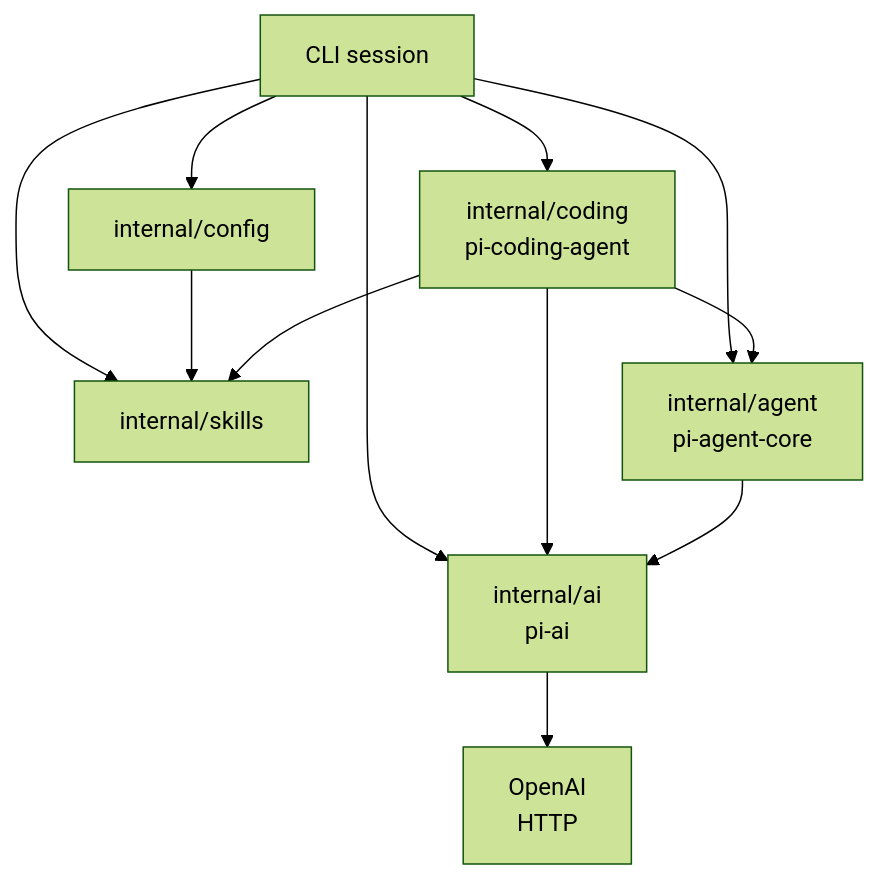
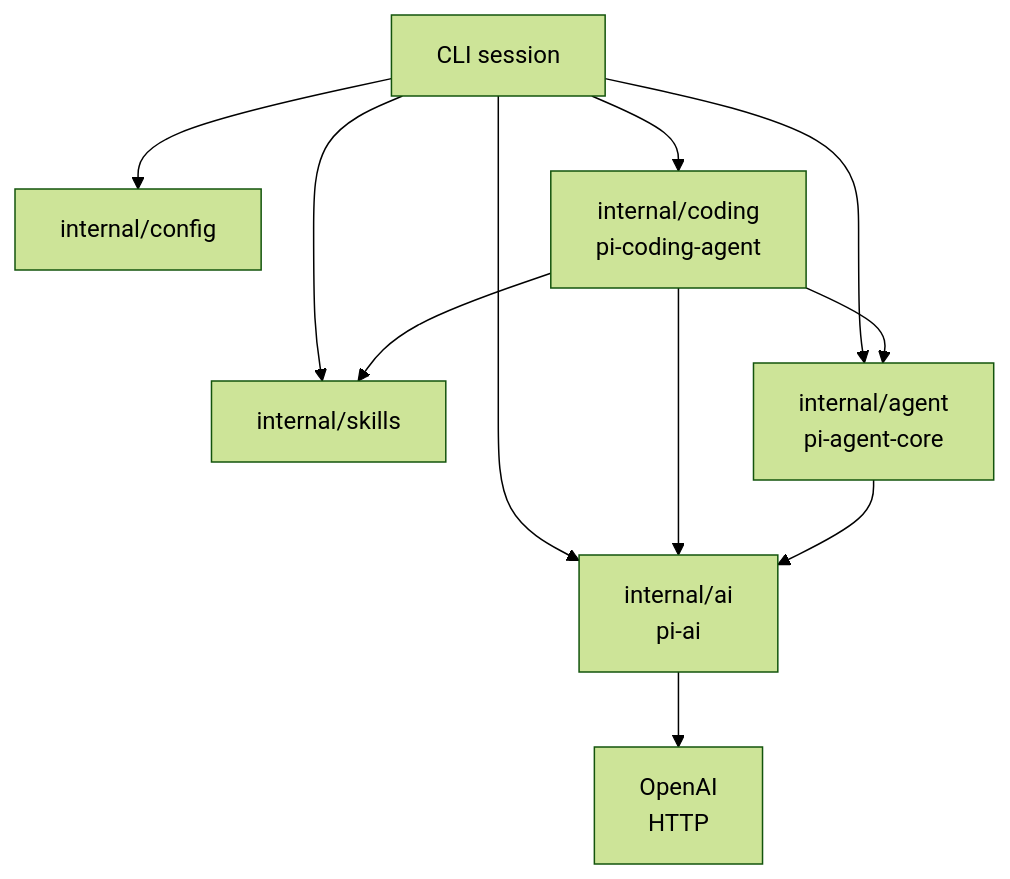
One commit to zyy17/pigo changed the first of 2 diagrams in README.md. Above: the diagram before and after it, drawn with Mermaid (forest theme). The commit also changed other lines of this file and 4 other files, not shown here.

First line of the commit message:
docs: match the layer diagram and point at the TUI page

````diff
--- a/README.md
+++ b/README.md
@@ -11,21 +11,20 @@
 ```mermaid
 flowchart TD
     cli["CLI session"]
     config["internal/config"]
     coding["internal/coding<br/>pi-coding-agent"]
     skills["internal/skills"]
     agent["internal/agent<br/>pi-agent-core"]
     ai["internal/ai<br/>pi-ai"]
     http["OpenAI<br/>HTTP"]
     cli --> config
     cli --> coding
     cli --> skills
     cli --> agent
     cli --> ai
-    config --> skills
     coding --> skills
     coding --> agent
     coding --> ai
     agent --> ai
     ai --> http
 ```
````
